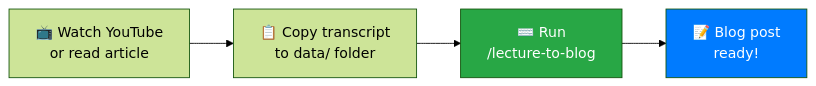
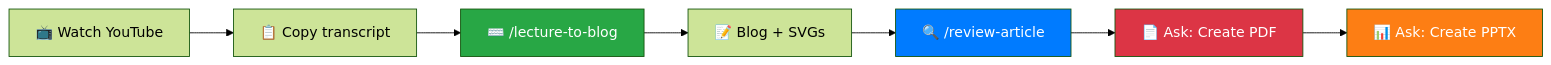
The second of 3 diagrams in content/projects/ai-powered-portfolio-claude-code.md (nitishkmr005/nitishkmr005.github.io), drawn with Mermaid (forest theme) before and after one commit. The commit also changed other lines of this file, not shown here.

First line of the commit message:
📝 docs(portfolio): enhance project article with skills and PDF/PPTX workflow

````diff
--- a/content/projects/ai-powered-portfolio-claude-code.md
+++ b/content/projects/ai-powered-portfolio-claude-code.md
@@ -180,9 +355,14 @@
 ```mermaid
 flowchart LR
-    A["📺 Watch YouTube<br/>or read article"] --> B["📋 Copy transcript<br/>to data/ folder"]
-    B --> C["⌨️ Run<br/>/lecture-to-blog"]
-    C --> D["📝 Blog post<br/>ready!"]
+    A["📺 Watch YouTube"] --> B["📋 Copy transcript"]
+    B --> C["⌨️ /lecture-to-blog"]
+    C --> D["📝 Blog + SVGs"]
+    D --> E["🔍 /review-article"]
+    E --> F["📄 Ask: Create PDF"]
+    F --> G["📊 Ask: Create PPTX"]
 
     style C fill:#28a745,color:#fff
-    style D fill:#007bff,color:#fff
+    style E fill:#007bff,color:#fff
+    style F fill:#dc3545,color:#fff
+    style G fill:#fd7e14,color:#fff
 ```
````
